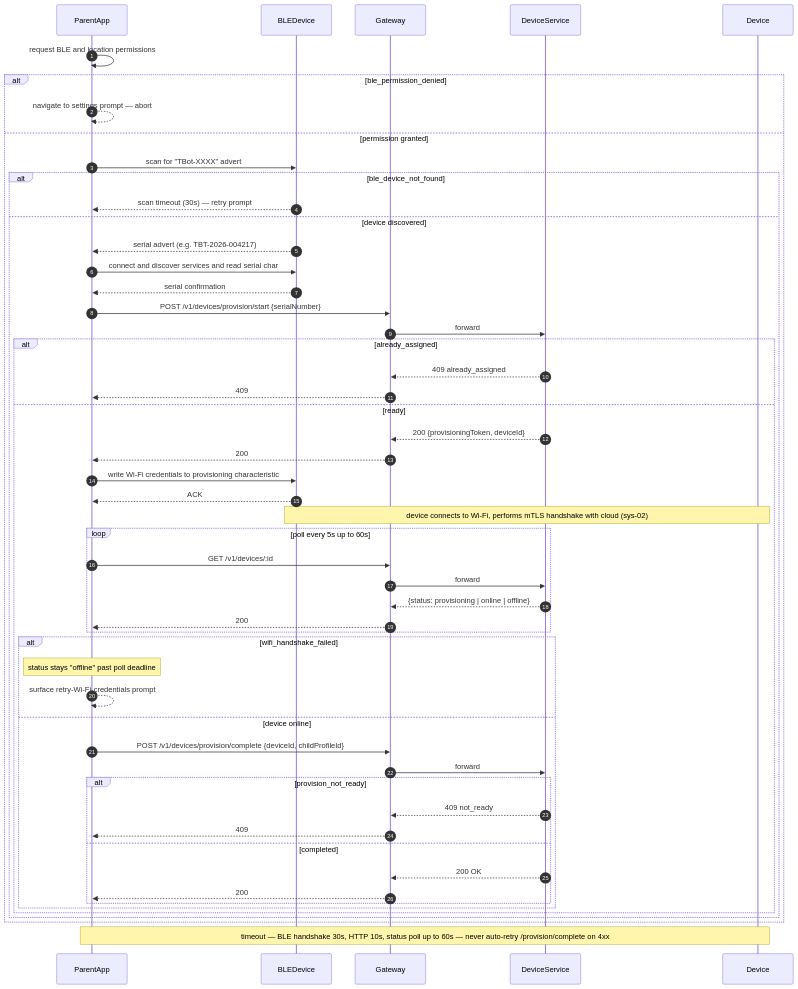
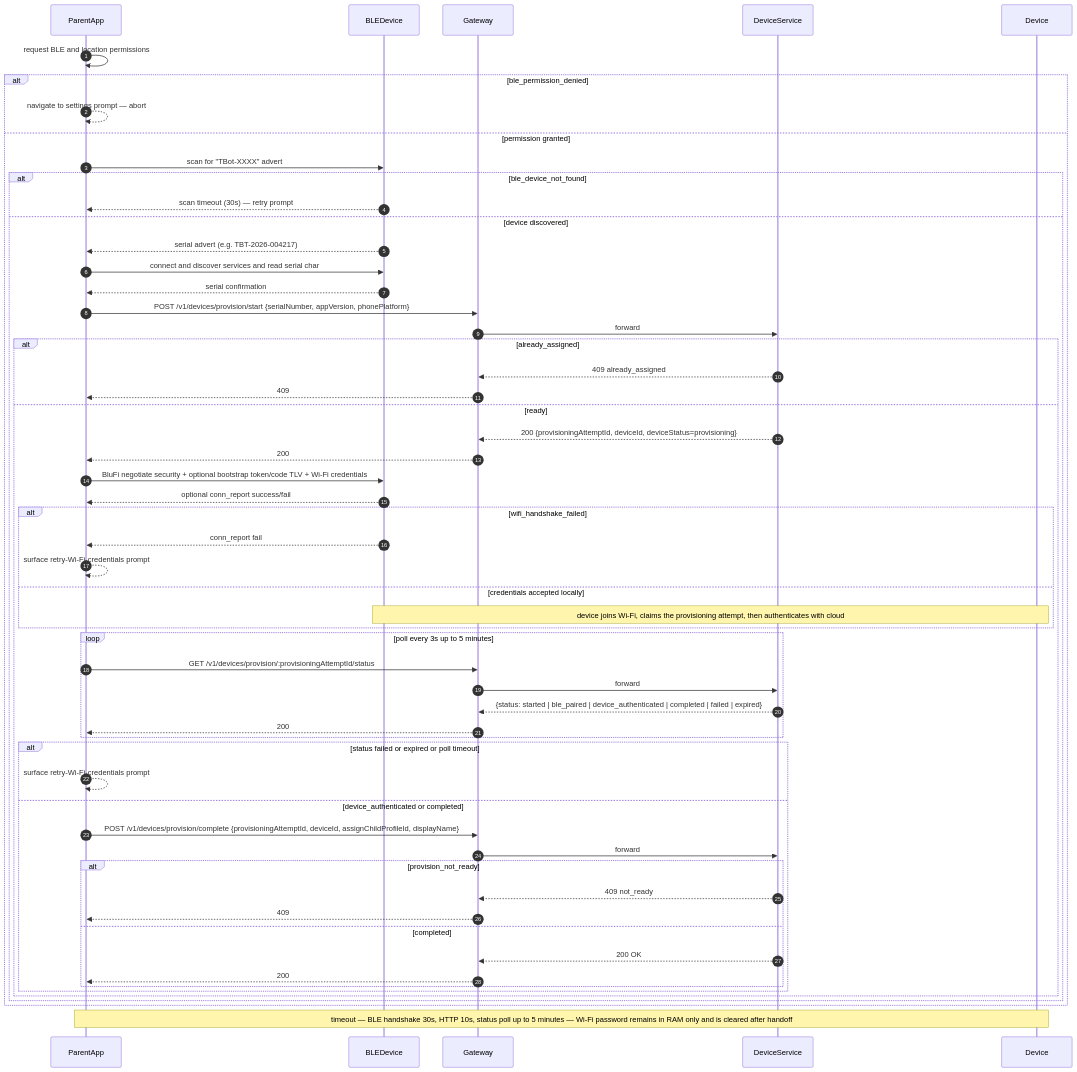
Before and after one commit to JSR-Algo/TJBOT-Mobile: the diagram in migrate-ui-ux-to-mobile-app-docs/sequences/16-mobile/ble-provisioning.sequence.mmd, drawn with Mermaid. The commit also changed 48 other files, not shown here.

Commit message:
test(mobile): harden pairing and native e2e coverage

```diff
--- a/migrate-ui-ux-to-mobile-app-docs/sequences/16-mobile/ble-provisioning.sequence.mmd
+++ b/migrate-ui-ux-to-mobile-app-docs/sequences/16-mobile/ble-provisioning.sequence.mmd
@@ -1,80 +1,85 @@
 ---
 system: sys-16-parent-mobile-application
 flow_id: ble-provisioning
 surface: mobile
 spec_anchor: /software/systems/16-parent-mobile-application#5-3-device-and-provisioning-system-02
 actors: [ParentApp, BLEDevice, Gateway, DeviceService, Device]
 apis:
   - POST /v1/devices/provision/start
-  - GET /v1/devices/:id
+  - POST /v1/devices/provision/connect
+  - GET /v1/devices/provision/:provisioningAttemptId/status
   - POST /v1/devices/provision/complete
 externals: [BLE]
 queues: []
 failure_paths:
   - ble_permission_denied
   - ble_device_not_found
   - already_assigned
   - provision_not_ready
   - wifi_handshake_failed
   - device_status_poll_timeout
-idempotency: provisioningToken issued by /provision/start scopes the BLE session — /provision/complete uses {deviceId, childProfileId} which is naturally idempotent
+idempotency: provisioningAttemptId issued by /provision/start scopes the BLE session — /provision/complete uses {provisioningAttemptId, deviceId, childProfileId} and is guarded by attempt status
 retry: caller-side BLE scan retries on permission/timeout — never auto-retry /provision/complete on 4xx
-timeout: BLE handshake 30s — HTTP calls 10s — Wi-Fi handshake poll up to 60s (5s interval)
+timeout: BLE handshake 30s — HTTP calls 10s — provisioning status poll up to 5 minutes (3s interval)
 status: final
 ---
-%% HAND-CURATED. Normalized from spec sequenceDiagram at 16-parent-mobile-application.md#L397 — Device (Wi-Fi) shown as the cloud-bound peer that mTLS-handshakes after BLE credential write.
+%% HAND-CURATED. Normalized from the current mobile pairing implementation: BLE writes are a local BluFi handoff, but pairing success is cloud-authoritative only after the provisioning attempt reaches device_authenticated and /complete binds the child profile.
 sequenceDiagram
     autonumber
     participant ParentApp
     participant BLEDevice
     participant Gateway
     participant DeviceService
     participant Device
 
     ParentApp->>ParentApp: request BLE and location permissions
     alt ble_permission_denied
         ParentApp-->>ParentApp: navigate to settings prompt — abort
     else permission granted
         ParentApp->>BLEDevice: scan for "TBot-XXXX" advert
         alt ble_device_not_found
             BLEDevice-->>ParentApp: scan timeout (30s) — retry prompt
         else device discovered
             BLEDevice-->>ParentApp: serial advert (e.g. TBT-2026-004217)
             ParentApp->>BLEDevice: connect and discover services and read serial char
             BLEDevice-->>ParentApp: serial confirmation
-            ParentApp->>Gateway: POST /v1/devices/provision/start {serialNumber}
+            ParentApp->>Gateway: POST /v1/devices/provision/start {serialNumber, appVersion, phonePlatform}
             Gateway->>DeviceService: forward
             alt already_assigned
                 DeviceService-->>Gateway: 409 already_assigned
                 Gateway-->>ParentApp: 409
             else ready
-                DeviceService-->>Gateway: 200 {provisioningToken, deviceId}
+                DeviceService-->>Gateway: 200 {provisioningAttemptId, deviceId, deviceStatus=provisioning}
                 Gateway-->>ParentApp: 200
-                ParentApp->>BLEDevice: write Wi-Fi credentials to provisioning characteristic
-                BLEDevice-->>ParentApp: ACK
-                Note over BLEDevice,Device: device connects to Wi-Fi, performs mTLS handshake with cloud (sys-02)
-                loop poll every 5s up to 60s
-                    ParentApp->>Gateway: GET /v1/devices/:id
+                ParentApp->>BLEDevice: BluFi negotiate security + optional bootstrap token/code TLV + Wi-Fi credentials
+                BLEDevice-->>ParentApp: optional conn_report success/fail
+                alt wifi_handshake_failed
+                    BLEDevice-->>ParentApp: conn_report fail
+                    ParentApp-->>ParentApp: surface retry-Wi-Fi-credentials prompt
+                else credentials accepted locally
+                    Note over BLEDevice,Device: device joins Wi-Fi, claims the provisioning attempt, then authenticates with cloud
+                end
+                loop poll every 3s up to 5 minutes
+                    ParentApp->>Gateway: GET /v1/devices/provision/:provisioningAttemptId/status
                     Gateway->>DeviceService: forward
-                    DeviceService-->>Gateway: {status: provisioning | online | offline}
+                    DeviceService-->>Gateway: {status: started | ble_paired | device_authenticated | completed | failed | expired}
                     Gateway-->>ParentApp: 200
                 end
-                alt wifi_handshake_failed
-                    Note over ParentApp: status stays "offline" past poll deadline
+                alt status failed or expired or poll timeout
                     ParentApp-->>ParentApp: surface retry-Wi-Fi-credentials prompt
-                else device online
-                    ParentApp->>Gateway: POST /v1/devices/provision/complete {deviceId, childProfileId}
+                else device_authenticated or completed
+                    ParentApp->>Gateway: POST /v1/devices/provision/complete {provisioningAttemptId, deviceId, assignChildProfileId, displayName}
                     Gateway->>DeviceService: forward
                     alt provision_not_ready
                         DeviceService-->>Gateway: 409 not_ready
                         Gateway-->>ParentApp: 409
                     else completed
                         DeviceService-->>Gateway: 200 OK
                         Gateway-->>ParentApp: 200
                     end
                 end
             end
         end
     end
 
-    Note over ParentApp,Device: timeout — BLE handshake 30s, HTTP 10s, status poll up to 60s — never auto-retry /provision/complete on 4xx
+    Note over ParentApp,Device: timeout — BLE handshake 30s, HTTP 10s, status poll up to 5 minutes — Wi-Fi password remains in RAM only and is cleared after handoff
```
